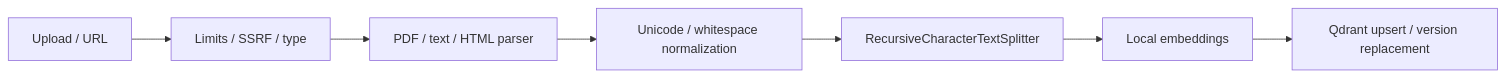
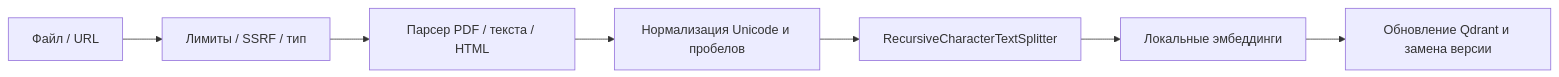
The second of 3 diagrams in docs/architecture.md (fazzilka/AI_Engineer_template), drawn with Mermaid before and after one commit. The commit also changed other lines of this file and 3 other files, not shown here.

````diff
--- a/docs/architecture.md
+++ b/docs/architecture.md
@@ -32,9 +44,9 @@
 ```mermaid
 flowchart LR
-    INPUT["Upload / URL"] --> VALIDATE["Limits / SSRF / type"]
-    VALIDATE --> PARSER["PDF / text / HTML parser"]
-    PARSER --> NORMALIZE["Unicode / whitespace normalization"]
+    INPUT["Файл / URL"] --> VALIDATE["Лимиты / SSRF / тип"]
+    VALIDATE --> PARSER["Парсер PDF / текста / HTML"]
+    PARSER --> NORMALIZE["Нормализация Unicode и пробелов"]
     NORMALIZE --> CHUNKER["RecursiveCharacterTextSplitter"]
-    CHUNKER --> EMB["Local embeddings"]
-    EMB --> QDRANT["Qdrant upsert / version replacement"]
+    CHUNKER --> EMB["Локальные эмбеддинги"]
+    EMB --> QDRANT["Обновление Qdrant и замена версии"]
 ```
````
